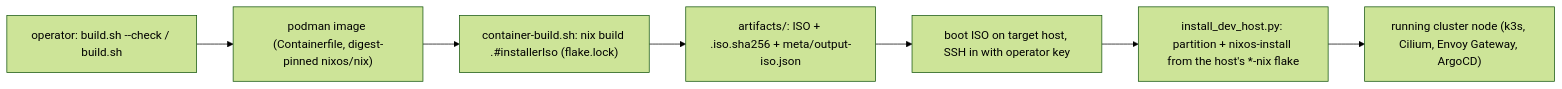
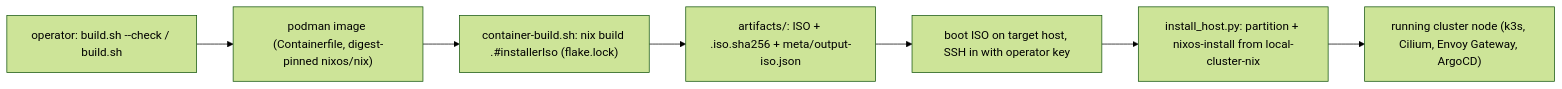
The diagram in README.md (rowBeeX/cluster-iso-builder), drawn with Mermaid (forest theme) before and after one commit. The commit also changed other lines of this file, not shown here.

````diff
--- a/README.md
+++ b/README.md
@@ -37,9 +39,9 @@
 ```mermaid
 flowchart LR
-  dev["operator: build.sh --check / build.sh"] --> img["podman image (Containerfile, digest-pinned nixos/nix)"]
+  op["operator: build.sh --check / build.sh"] --> img["podman image (Containerfile, digest-pinned nixos/nix)"]
   img --> build["container-build.sh: nix build .#installerIso (flake.lock)"]
   build --> art["artifacts/: ISO + .iso.sha256 + meta/output-iso.json"]
   art --> boot["boot ISO on target host, SSH in with operator key"]
-  boot --> install["install_dev_host.py: partition + nixos-install from the host's *-nix flake"]
+  boot --> install["install_host.py: partition + nixos-install from local-cluster-nix"]
   install --> node["running cluster node (k3s, Cilium, Envoy Gateway, ArgoCD)"]
 ```
````
